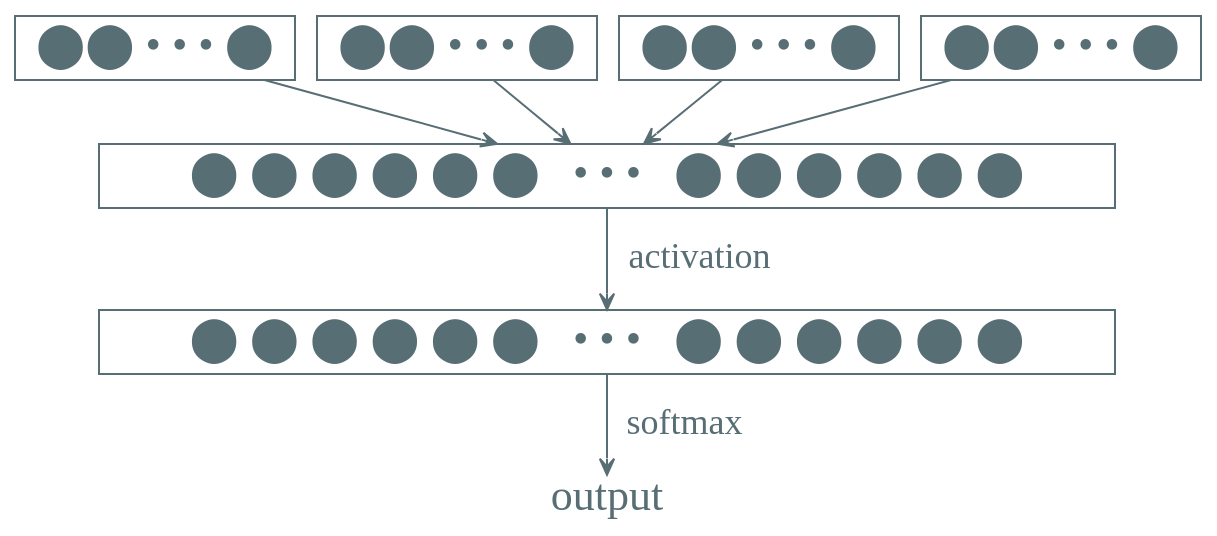
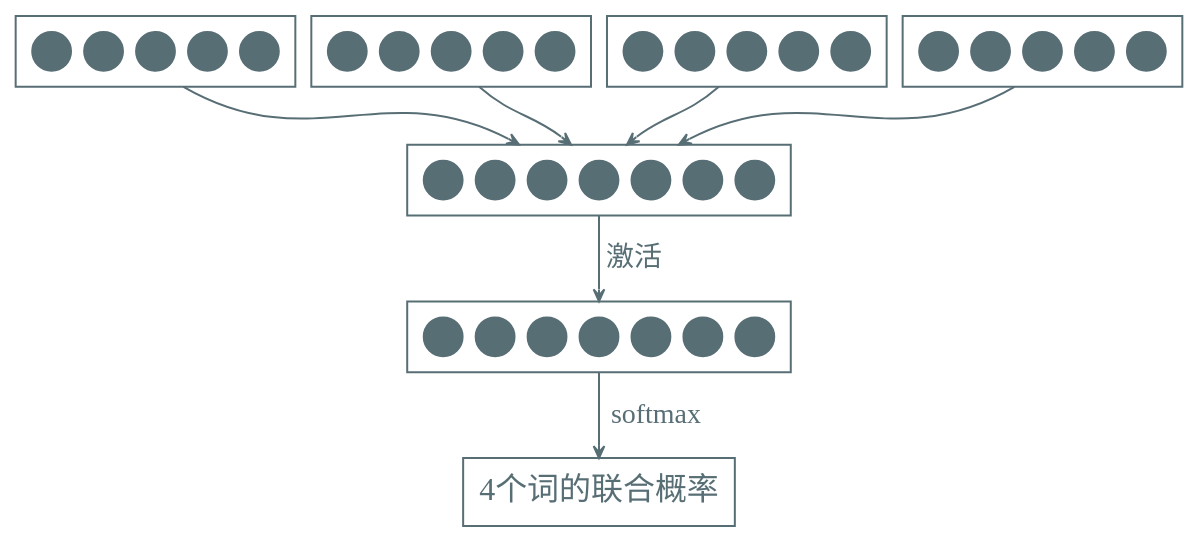
Before and after one commit to Avanti1980/course-gnn: the diagram in dot/nn4langmodel.dot, drawn with Graphviz. The commit also changed 8 other files, not shown here.

```diff
--- a/dot/nn4langmodel.dot
+++ b/dot/nn4langmodel.dot
@@ -1,27 +1,52 @@
 digraph g {
-    graph [nodesep=0.15 ranksep=0.4]
+    compound=true;
+    graph [nodesep=0.1 ranksep=0.6]
     bgcolor=transparent
-    node [shape=circle color="#586e75" fontcolor="#586e75" fontsize=22 fontname="EBG,fzlz" label="" height=0.1]
-    edge [color="#586e75" fontcolor="#586e75" fontsize=18 fontname="EBG,fzlz" arrowhead=vee arrowsize=0.8]
+    node [margin=0 shape=point height=0.27 color="#586e75" fontsize=20 label=""]
+    edge [color="#586e75" fontcolor="#586e75" fontsize=14 fontname="EBG,fzlz" arrowhead=vee arrowsize=0.6]
 
-    rankdir=TB;
-    node [shape=record];
-    x1 [label="⬤⬤ • • • ⬤"];
-    x2 [label="⬤⬤ • • • ⬤"];
-    x3 [label="⬤⬤ • • • ⬤"];
-    x4 [label="⬤⬤ • • • ⬤"];
+    subgraph clusterW1 {
+        color="#586e75"
+        rank=same {w11, w12, w13, w14, w15}
+    }
 
-    y1 [label="&nbsp; &nbsp; ⬤ ⬤ ⬤ ⬤ ⬤ ⬤ &nbsp; • • • &nbsp; ⬤ ⬤ ⬤ ⬤ ⬤ ⬤ &nbsp; &nbsp;"];
+    subgraph clusterW2 {
+        color="#586e75"
+        rank=same {w21, w22, w23, w24, w25}
+    }
 
-    z1 [label="&nbsp; &nbsp; ⬤ ⬤ ⬤ ⬤ ⬤ ⬤ &nbsp; • • • &nbsp; ⬤ ⬤ ⬤ ⬤ ⬤ ⬤ &nbsp; &nbsp;"];
+    subgraph clusterW3 {
+        color="#586e75"
+        rank=same {w31, w32, w33, w34, w35}
+    }
 
-    {x1,x2,x3,x4} -> y1
+    subgraph clusterW4 {
+        color="#586e75"
+        rank=same {w41, w42, w43, w44, w45}
+    }
 
-    y1 -> z1 [label="&nbsp;activation"]
+    subgraph clusterZ {
+        color="#586e75"
+        rank=same {z1, z2, z3, z4, z5, z6, z7}
+    }
 
-    node [shape=plain]
+    subgraph clusterA {
+        color="#586e75"
+        rank=same {a1, a2, a3, a4, a5, a6, a7}
+    }
 
-    output [label="output"]
+    w13 -> z3 [ltail=clusterW1, lhead=clusterZ]
+    w23 -> z4 [ltail=clusterW2, lhead=clusterZ]
+    w33 -> z4 [ltail=clusterW3, lhead=clusterZ]
+    w43 -> z5 [ltail=clusterW4, lhead=clusterZ]
 
-    z1 -> output [label="&nbsp;softmax"]
+    z4 -> a4 [label=" 激活 ", ltail=clusterZ, lhead=clusterA]
+
+    subgraph clusterP {
+        node [margin=0 shape=plain fontname="EBG,fzlz" fontcolor="#586e75" fontsize=16]
+        color="#586e75"
+        o [label="4个词的联合概率"]
+    }
+
+    a4 -> o [label=" softmax", ltail=clusterA, lhead=clusterP]
 }
```
